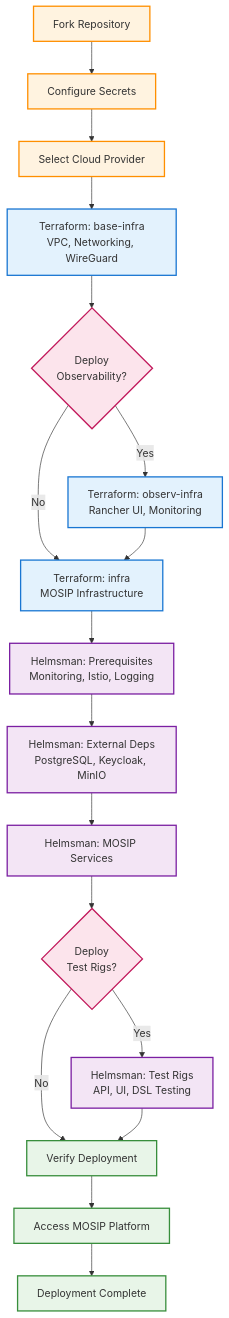
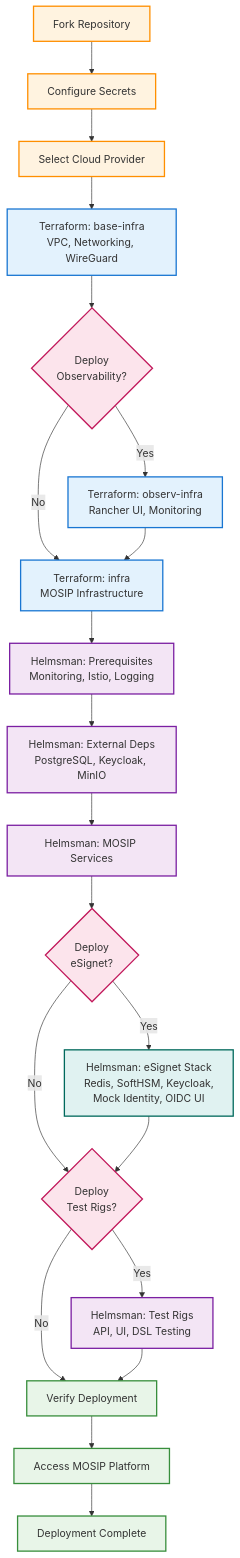
Before and after one commit to mosip/infra: the diagram in README.md, drawn with Mermaid. The commit also changed 3 other files, not shown here.

Commit message:
docs: add eSignet DSF to deployment flow diagrams in 1.2.0.3 release notes

````diff
--- a/README.md
+++ b/README.md
@@ -28,41 +28,46 @@
 ```mermaid
 graph TB
  %% Prerequisites
  A[Fork Repository] --> B[Configure Secrets]
  B --> C[Select Cloud Provider]
  
  %% Infrastructure Phase
  C --> D[Terraform: base-infra<br/>VPC, Networking, WireGuard]
  D --> E{Deploy<br/>Observability?}
  E -->|Yes| F[Terraform: observ-infra<br/>Rancher UI, Monitoring]
  E -->|No| G[Terraform: infra<br/>MOSIP Infrastructure]
  F --> G
  
  %% Helmsman Deployment Phase
  G --> H[Helmsman: Prerequisites<br/>Monitoring, Istio, Logging]
  H --> I[Helmsman: External Deps<br/>PostgreSQL, Keycloak, MinIO]
  
  %% MOSIP Services
  I --> J[Helmsman: MOSIP Services]
- J --> K{Deploy<br/>Test Rigs?}
+ J --> J1{Deploy<br/>eSignet?}
+ J1 -->|Yes| J2[Helmsman: eSignet Stack<br/>Redis, SoftHSM, Keycloak,<br/>Mock Identity, OIDC UI]
+ J1 -->|No| K{Deploy<br/>Test Rigs?}
+ J2 --> K
  K -->|Yes| L[Helmsman: Test Rigs<br/>API, UI, DSL Testing]
  K -->|No| M[Verify Deployment]
  L --> M
  
  %% Final Verification
  M --> N[Access MOSIP Platform]
  N --> O[Deployment Complete]
  
  %% Styling
  classDef prereq fill:#fff3e0,stroke:#ff8f00,stroke-width:2px
  classDef terraform fill:#e3f2fd,stroke:#1976d2,stroke-width:2px
  classDef helmsman fill:#f3e5f5,stroke:#7b1fa2,stroke-width:2px
+ classDef esignet fill:#e0f2f1,stroke:#00695c,stroke-width:2px
  classDef success fill:#e8f5e8,stroke:#388e3c,stroke-width:2px
  classDef decision fill:#fce4ec,stroke:#c2185b,stroke-width:2px
  
  class A,B,C prereq
  class D,F,G terraform
  class H,I,J,L helmsman
+ class J2 esignet
  class M,N,O success
- class E,K decision
+ class E,K,J1 decision
 ```
````
